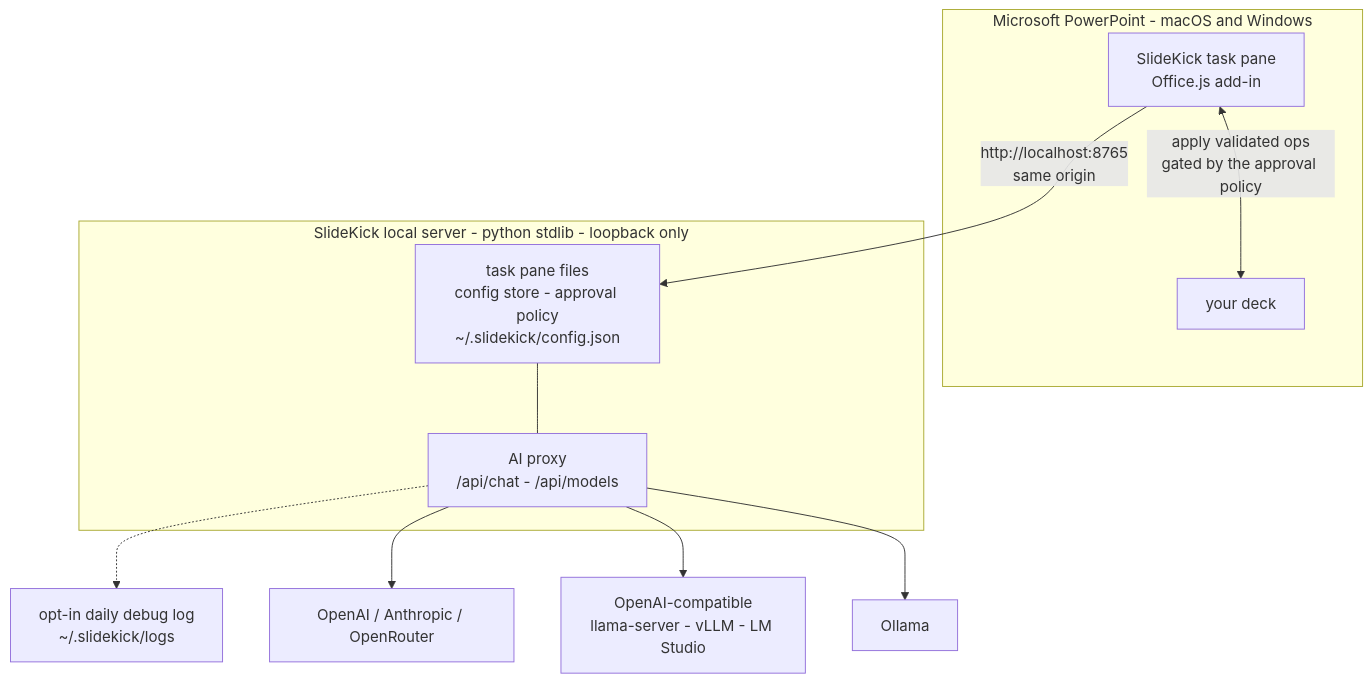
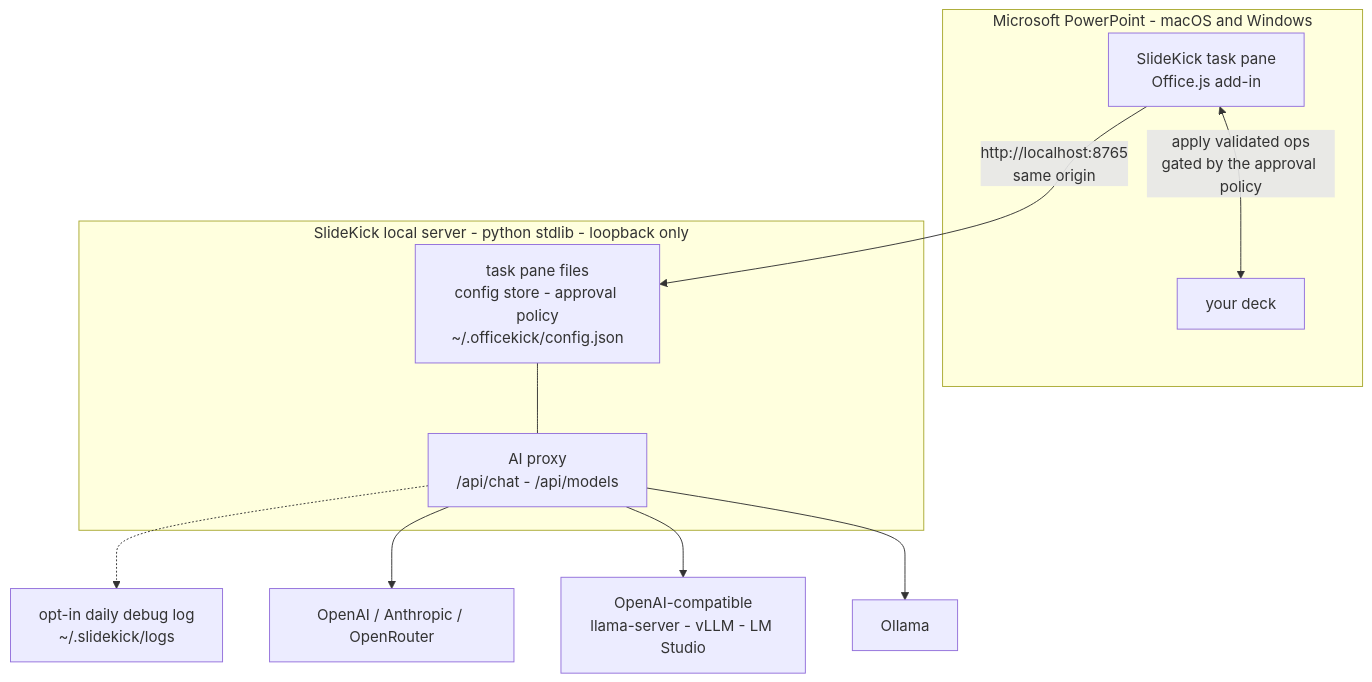
One commit to corelan/officekick changed the diagram in README.md. Above: the diagram before and after it, drawn with Mermaid. The commit also changed other lines of this file and 20 other files, not shown here.

````diff
--- a/README.md
+++ b/README.md
@@ -13,22 +29,22 @@
 ```mermaid
 flowchart TD
     subgraph PPT["Microsoft PowerPoint - macOS and Windows"]
         PANE["SlideKick task pane<br/>Office.js add-in"]
         DECK["your deck"]
     end
 
-    UI["task pane files<br/>config store - approval policy<br/>~/.slidekick/config.json"]
+    UI["task pane files<br/>config store - approval policy<br/>~/.officekick/config.json"]
     PROXY["AI proxy<br/>/api/chat - /api/models"]
     DBG["opt-in daily debug log<br/>~/.slidekick/logs"]
 
     subgraph SLK["SlideKick local server - python stdlib - loopback only"]
         UI --- PROXY
     end
 
     PANE <-->|"apply validated ops<br/>gated by the approval policy"| DECK
     PANE -->|"http://localhost:8765<br/>same origin"| UI
     PROXY -.-> DBG
     PROXY --> OAI["OpenAI / Anthropic / OpenRouter"]
     PROXY --> GEN["OpenAI-compatible<br/>llama-server - vLLM - LM Studio"]
     PROXY --> OLL["Ollama"]
 ```
````
